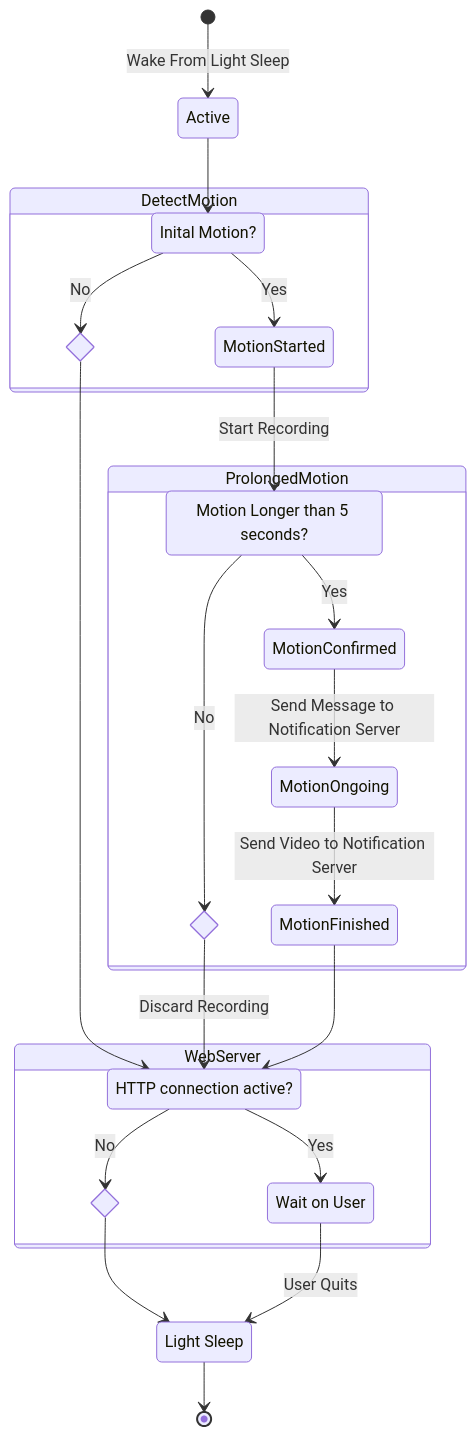
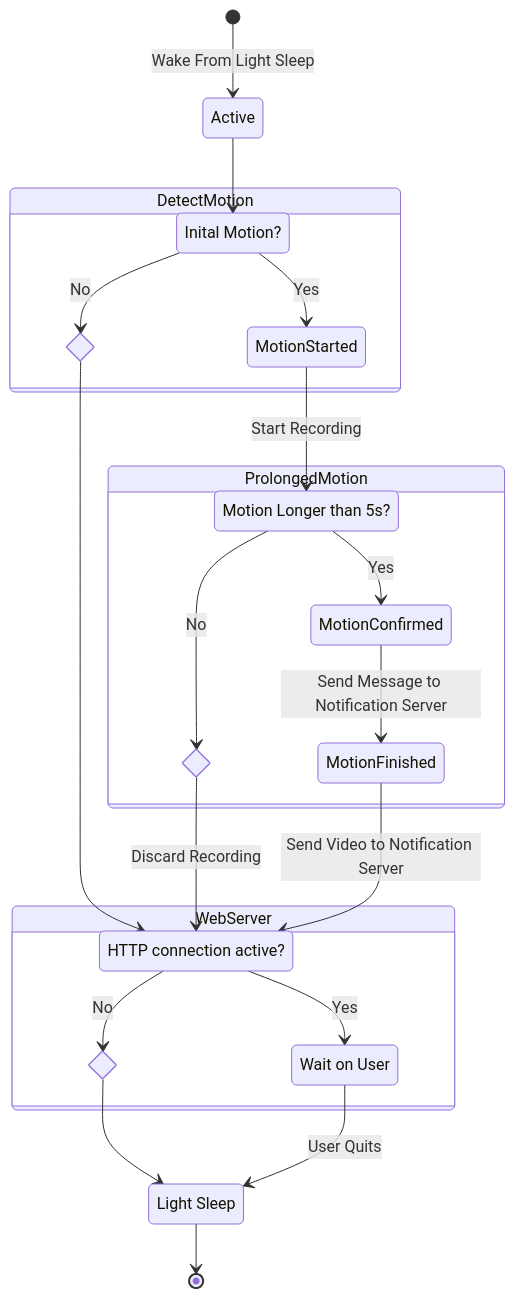
Before and after one commit to mtekman/doorbell-camera: the diagram in README.org, drawn with Mermaid. The commit also changed 1 other file, not shown here.

Commit message:
better flow

```diff
--- a/README.org
+++ b/README.org
@@ -194,35 +194,34 @@
 #+begin_src mermaid :results file  :file images/flowdiag.jpg
-stateDiagram-v2
-    direction TB
-    [*] --> Active : Wake From Light Sleep
-    Active --> motiondetected
-    state DetectMotion {
-        state noIM <<choice>>
-        state "Inital Motion?" as motiondetected
-        motiondetected --> MotionStarted : Yes
-        motiondetected -->  noIM : No
-        MotionStarted --> goodmotion: Start Recording
-        noIM --> webactive
-    }
-    state ProlongedMotion {
-        state noPM <<choice>>
-        state "Motion Longer than 5 seconds?" as goodmotion
-        goodmotion --> MotionConfirmed: Yes
-        goodmotion --> noPM: No
-        noPM --> webactive: Discard Recording
-        MotionConfirmed --> MotionOngoing : Send Message to Notification Server
-        MotionOngoing --> MotionFinished : Send Video to Notification Server
-        MotionFinished --> webactive
-    }
-    state WebServer {
-        state noWS <<choice>>
-        state "HTTP connection active?" as webactive
-        state "Wait on User" as ActiveUser
-        webactive -->  ActiveUser : Yes
-        webactive --> noWS : No
-    }
-    state "Light Sleep" as LightSleep2
-    noWS --> LightSleep2: 
-    ActiveUser --> LightSleep2: User Quits
-    LightSleep2 --> [*]
+  stateDiagram-v2
+      direction TB
+      [*] --> Active : Wake From Light Sleep
+      Active --> motiondetected
+      state DetectMotion {
+          state noIM <<choice>>
+          state "Inital Motion?" as motiondetected
+          motiondetected --> MotionStarted : Yes
+          motiondetected -->  noIM : No
+          MotionStarted --> goodmotion: Start Recording
+          noIM --> webactive
+      }
+      state ProlongedMotion {
+          state noPM <<choice>>
+          state "Motion Longer than 5s?" as goodmotion
+          goodmotion --> MotionConfirmed: Yes
+          goodmotion --> noPM: No
+          noPM --> webactive: Discard Recording
+          MotionConfirmed --> MotionFinished : Send Message to Notification Server
+          MotionFinished --> webactive : Send Video to Notification Server
+      }
+      state WebServer {
+          state noWS <<choice>>
+          state "HTTP connection active?" as webactive
+          state "Wait on User" as ActiveUser
+          webactive -->  ActiveUser : Yes
+          webactive --> noWS : No
+      }
+      state "Light Sleep" as LightSleep2
+      noWS --> LightSleep2: 
+      ActiveUser --> LightSleep2: User Quits
+      LightSleep2 --> [*]
 #+end_src
```
